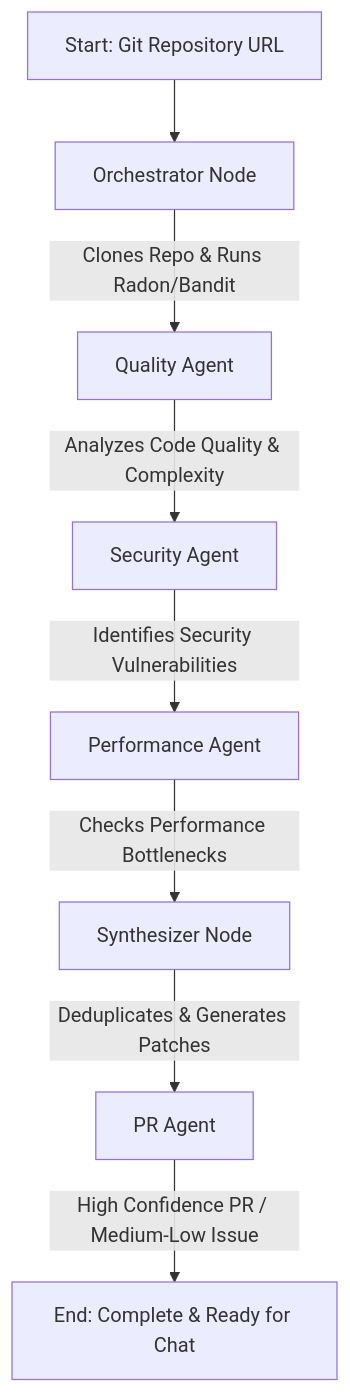
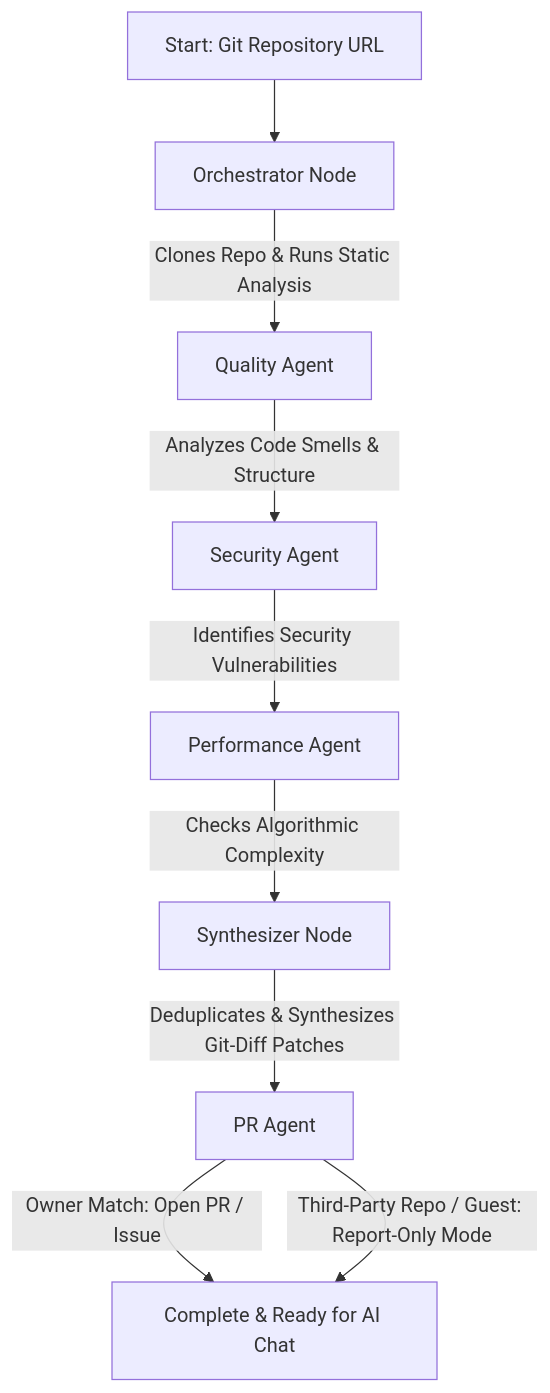
Before and after one commit to abhiramV83/Figent: the diagram in README.md, drawn with Mermaid. The commit also changed other lines of this file, not shown here.

Commit message:
docs: update README.md with comprehensive Figent architecture, multi-agent details, live links, and setup guide

````diff
--- a/README.md
+++ b/README.md
@@ -12,10 +25,11 @@
 ```mermaid
 graph TD
     A[Start: Git Repository URL] --> B[Orchestrator Node]
-    B -->|Clones Repo & Runs Radon/Bandit| C[Quality Agent]
-    C -->|Analyzes Code Quality & Complexity| D[Security Agent]
+    B -->|Clones Repo & Runs Static Analysis| C[Quality Agent]
+    C -->|Analyzes Code Smells & Structure| D[Security Agent]
     D -->|Identifies Security Vulnerabilities| E[Performance Agent]
-    E -->|Checks Performance Bottlenecks| F[Synthesizer Node]
-    F -->|Deduplicates & Generates Patches| G[PR Agent]
-    G -->|High Confidence PR / Medium-Low Issue| H[End: Complete & Ready for Chat]
+    E -->|Checks Algorithmic Complexity| F[Synthesizer Node]
+    F -->|Deduplicates & Synthesizes Git-Diff Patches| G[PR Agent]
+    G -->|Owner Match: Open PR / Issue| H[Complete & Ready for AI Chat]
+    G -->|Third-Party Repo / Guest: Report-Only Mode| H
 ```
````
